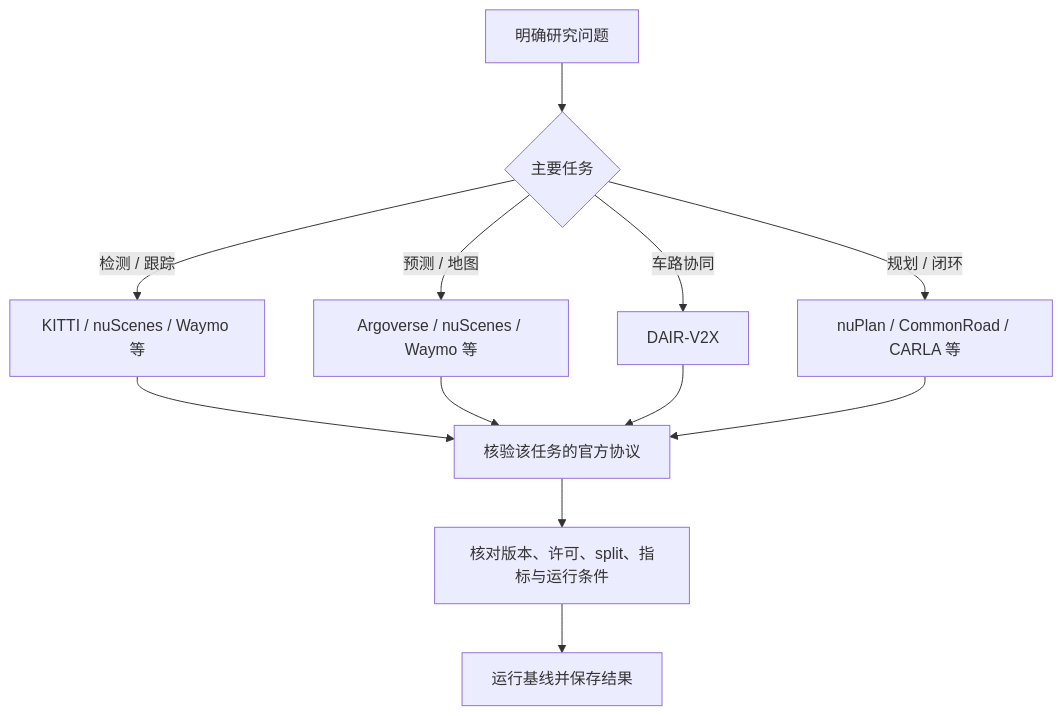
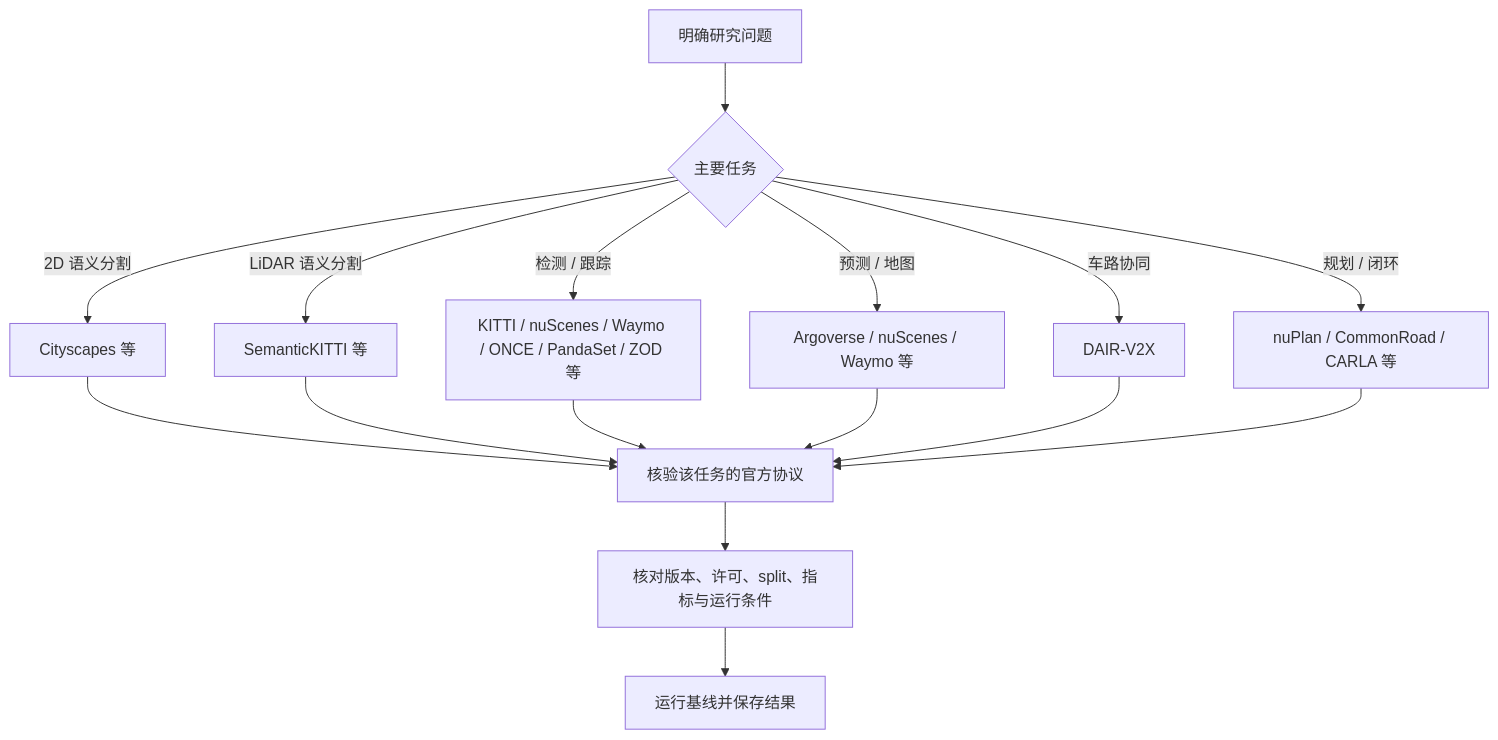
One commit to ilikui/AutomaticDriving changed the diagram in docs/datasets-and-benchmarks.md. Above: the diagram before and after it, drawn with Mermaid. The commit also changed other lines of this file, not shown here.

Commit message:
docs: 补充数据集索引与选择建议（SemanticKITTI、Cityscapes、ONCE、PandaSet、ZOD 等）

````diff
--- a/docs/datasets-and-benchmarks.md
+++ b/docs/datasets-and-benchmarks.md
@@ -57,14 +70,18 @@
 ```mermaid
 flowchart TD
     A[明确研究问题] --> B{主要任务}
-    B -->|检测 / 跟踪| C[KITTI / nuScenes / Waymo 等]
+    B -->|2D 语义分割| C1[Cityscapes 等]
+    B -->|LiDAR 语义分割| C2[SemanticKITTI 等]
+    B -->|检测 / 跟踪| C[KITTI / nuScenes / Waymo / ONCE / PandaSet / ZOD 等]
     B -->|预测 / 地图| D[Argoverse / nuScenes / Waymo 等]
     B -->|车路协同| E[DAIR-V2X]
     B -->|规划 / 闭环| F[nuPlan / CommonRoad / CARLA 等]
-    C --> G[核验该任务的官方协议]
+    C1 --> G[核验该任务的官方协议]
+    C2 --> G
+    C --> G
     D --> G
     E --> G
     F --> G
     G --> H[核对版本、许可、split、指标与运行条件]
     H --> I[运行基线并保存结果]
 ```
````
